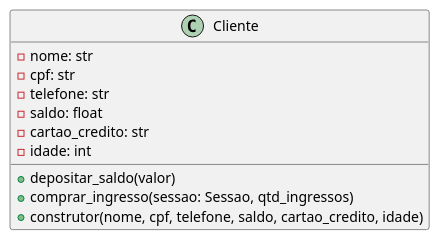
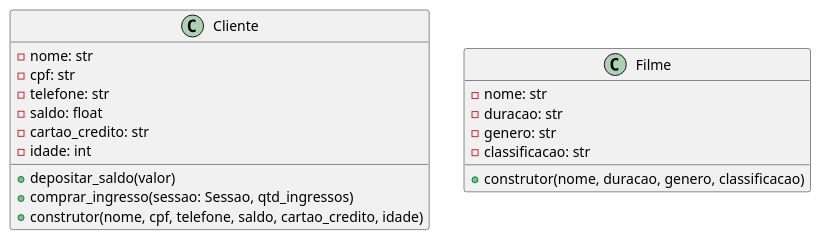
Before and after one commit to anleaes/2023-1-N1-POO-06: the diagram in Diagramas/Cinema.plantUML, drawn with PlantUML.

Commit message:
Classe filmes

```diff
--- a/Diagramas/Cinema.plantUML
+++ b/Diagramas/Cinema.plantUML
@@ -1,11 +1,19 @@
 class Cliente {
     -nome: str
     -cpf: str
     -telefone: str
     -saldo: float
     -cartao_credito: str
     -idade: int
     +depositar_saldo(valor)
     +comprar_ingresso(sessao: Sessao, qtd_ingressos)
     +construtor(nome, cpf, telefone, saldo, cartao_credito, idade)
 }
+
+class Filme {
+    -nome: str
+    -duracao: str
+    -genero: str
+    -classificacao: str
+    +construtor(nome, duracao, genero, classificacao)
+}
```
